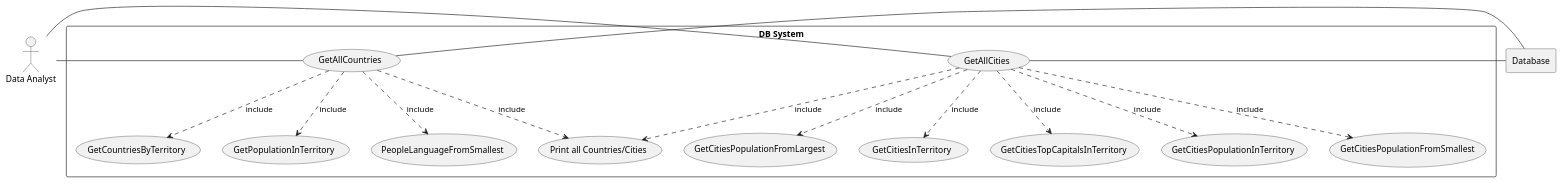
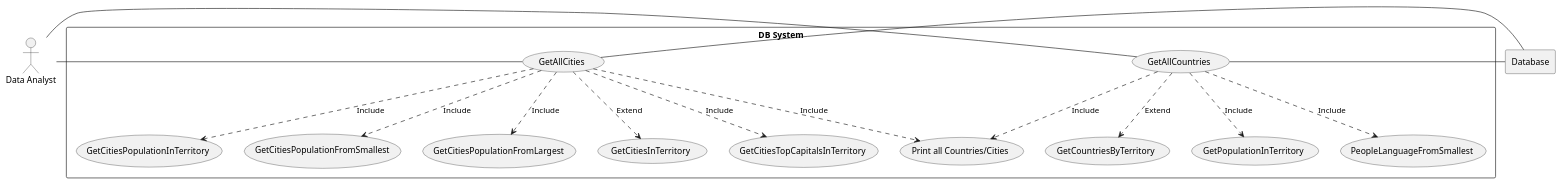
Before and after one commit to namonajem/UNI-SEMG6: the diagram in use-cases/DB system.puml, drawn with PlantUML.

Commit message:
PlantUML use case diagram updated

```diff
--- a/use-cases/DB system.puml
+++ b/use-cases/DB system.puml
@@ -1,51 +1,52 @@
 @startuml
 
 actor DA as "Data Analyst"
 
 rectangle Database
 
 rectangle "DB System" {
-    usecase UC1 as "GetAllCities"
 
-    usecase UC2 as "GetAllCountries"
+    usecase UC1 as "GetAllCountries"
+
+    usecase UC2 as "GetAllCities"
 
     usecase UC3 as "GetCountriesByTerritory"
 
-    usecase UC4 as "Print all Countries/Cities"
+    usecase UC4 as "GetPopulationInTerritory"
 
-    usecase UC5 as "GetCitiesPopulationFromSmallest"
+    usecase UC5 as "PeopleLanguageFromSmallest"
 
-    usecase UC6 as "GetCitiesPopulationFromLargest"
+    usecase UC6 as "Print all Countries/Cities"
 
-    usecase UC7 as "GetCitiesInTerritory"
+    usecase UC7 as "GetCitiesPopulationFromSmallest"
 
-    usecase UC8 as "GetCitiesTopCapitalsInTerritory"
+    usecase UC8 as "GetCitiesPopulationFromLargest"
 
-    usecase UC9 as "GetPopulationInTerritory"
+    usecase UC9 as "GetCitiesInTerritory"
 
-    usecase UC10 as "GetCitiesPopulationInTerritory"
+    usecase UC10 as "GetCitiesTopCapitalsInTerritory"
 
-    usecase UC11 as "PeopleLanguageFromSmallest"
+    usecase UC11 as "GetCitiesPopulationInTerritory"
 
 
     DA - UC1
     DA - UC2
 
+    UC1 ..> UC3 : Extend
+    UC1 ..> UC4 : Include
+    UC1 ..> UC5 : Include
+    UC1 ..> UC6 : Include
 
-    UC1 ..> UC4 : include
-    UC1 ..> UC5 : include
-    UC1 ..> UC6 : include
-    UC1 ..> UC7 : include
-    UC1 ..> UC8 : include
-    UC1 ..> UC10 : include
+    UC2 ..> UC9 : Extend
+    UC2 ..> UC6 : Include
+    UC2 ..> UC8 : Include
+    UC2 ..> UC10 : Include
+    UC2 ..> UC11 : Include
+    UC2 ..> UC7 : Include
 
-    UC2 ..> UC4 : include
-    UC2 ..> UC3 : include
-    UC2 ..> UC9 : include
-    UC2 ..> UC11 : include
 
     UC1 - Database
     UC2 - Database
 }
 
 @enduml
```
